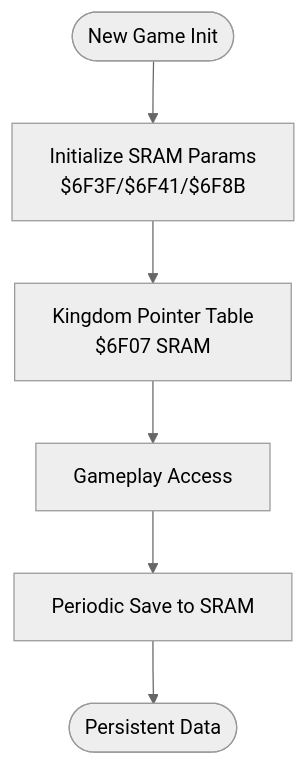
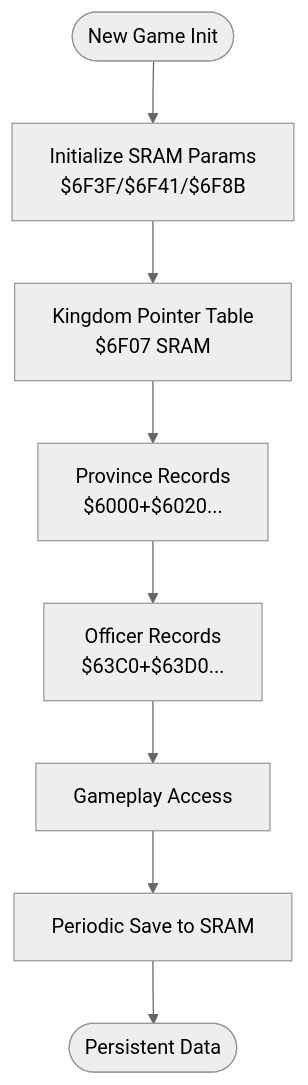
One commit to rabbyzero/sango2dasm changed the fifth of 6 diagrams in .qoder/repowiki/en/content/Data Access and Memory Management/Data Access and Memory Management.md. Above: the diagram before and after it, drawn with Mermaid (neutral theme). The commit also changed other lines of this file and 23 other files, not shown here.

````diff
--- a/.qoder/repowiki/en/content/Data Access and Memory Management/Data Access and Memory Management.md
+++ b/.qoder/repowiki/en/content/Data Access and Memory Management/Data Access and Memory Management.md
@@ -206,8 +245,10 @@
 ```mermaid
 flowchart TD
 Start(["New Game Init"]) --> SRAMInit["Initialize SRAM Params<br/>$6F3F/$6F41/$6F8B"]
 SRAMInit --> KingdomPtrs["Kingdom Pointer Table<br/>$6F07 SRAM"]
-KingdomPtrs --> Play["Gameplay Access"]
+KingdomPtrs --> ProvinceRecords["Province Records<br/>$6000+$6020..."]
+ProvinceRecords --> OfficerRecords["Officer Records<br/>$63C0+$63D0..."]
+OfficerRecords --> Play["Gameplay Access"]
 Play --> Save["Periodic Save to SRAM"]
 Save --> End(["Persistent Data"])
 ```
````
